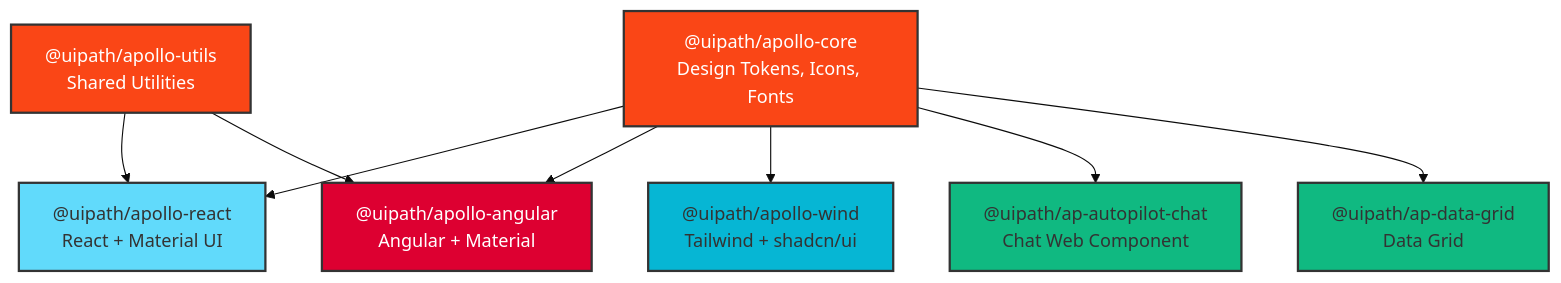
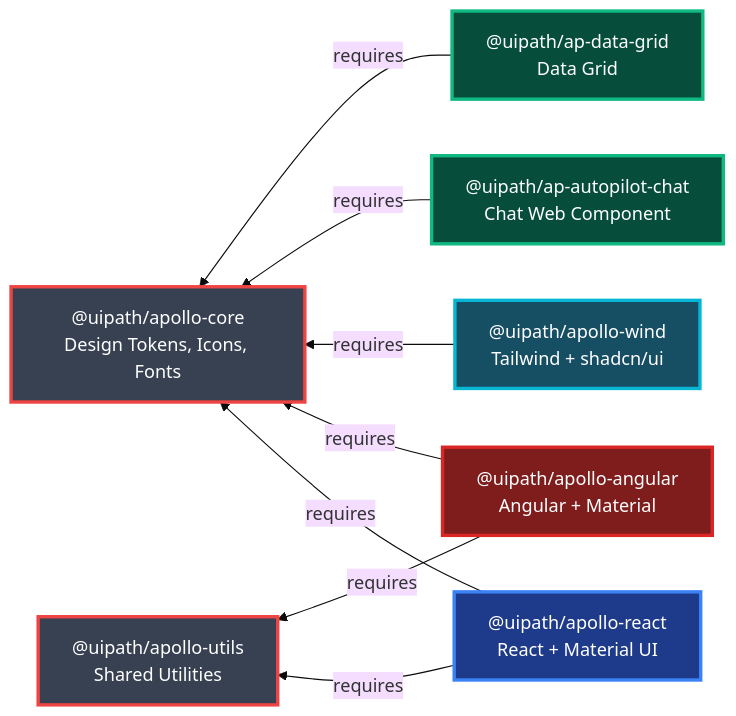
One commit to UiPath/apollo-ui changed the diagram in README.md. Above: the diagram before and after it, drawn with Mermaid (base theme). The commit also changed 1 other file, not shown here.

Commit message:
chore(repo): update mermaind, try different gh token

````diff
--- a/README.md
+++ b/README.md
@@ -22,28 +22,19 @@
 ```mermaid
-graph TD
-    Core["@uipath/apollo-core<br/>Design Tokens, Icons, Fonts"]
-    Utils["@uipath/apollo-utils<br/>Shared Utilities"]
+graph RL
+    React["@uipath/apollo-react<br/>React + Material UI"] -->|requires| Core["@uipath/apollo-core<br/>Design Tokens, Icons, Fonts"]
+    Angular["@uipath/apollo-angular<br/>Angular + Material"] -->|requires| Core
+    Wind["@uipath/apollo-wind<br/>Tailwind + shadcn/ui"] -->|requires| Core
+    Chat["@uipath/ap-autopilot-chat<br/>Chat Web Component"] -->|requires| Core
+    Grid["@uipath/ap-data-grid<br/>Data Grid"] -->|requires| Core
 
-    React["@uipath/apollo-react<br/>React + Material UI"]
-    Angular["@uipath/apollo-angular<br/>Angular + Material"]
-    Wind["@uipath/apollo-wind<br/>Tailwind + shadcn/ui"]
+    React -->|requires| Utils["@uipath/apollo-utils<br/>Shared Utilities"]
+    Angular -->|requires| Utils
 
-    Chat["@uipath/ap-autopilot-chat<br/>Chat Web Component"]
-    Grid["@uipath/ap-data-grid<br/>Data Grid"]
-
-    Core --> React
-    Utils --> React
-    Core --> Angular
-    Utils --> Angular
-    Core --> Wind
-    Core --> Chat
-    Core --> Grid
-
-    style Core fill:#fa4616,stroke:#333,stroke-width:2px,color:#fff
-    style Utils fill:#fa4616,stroke:#333,stroke-width:2px,color:#fff
-    style React fill:#61dafb,stroke:#333,stroke-width:2px
-    style Angular fill:#dd0031,stroke:#333,stroke-width:2px,color:#fff
-    style Wind fill:#06b6d4,stroke:#333,stroke-width:2px
-    style Chat fill:#10b981,stroke:#333,stroke-width:2px
-    style Grid fill:#10b981,stroke:#333,stroke-width:2px
+    style Core fill:#374151,stroke:#ef4444,stroke-width:3px,color:#fff
+    style Utils fill:#374151,stroke:#ef4444,stroke-width:3px,color:#fff
+    style React fill:#1e3a8a,stroke:#3b82f6,stroke-width:3px,color:#fff
+    style Angular fill:#7f1d1d,stroke:#dc2626,stroke-width:3px,color:#fff
+    style Wind fill:#164e63,stroke:#06b6d4,stroke-width:3px,color:#fff
+    style Chat fill:#064e3b,stroke:#10b981,stroke-width:3px,color:#fff
+    style Grid fill:#064e3b,stroke:#10b981,stroke-width:3px,color:#fff
 ```
````
